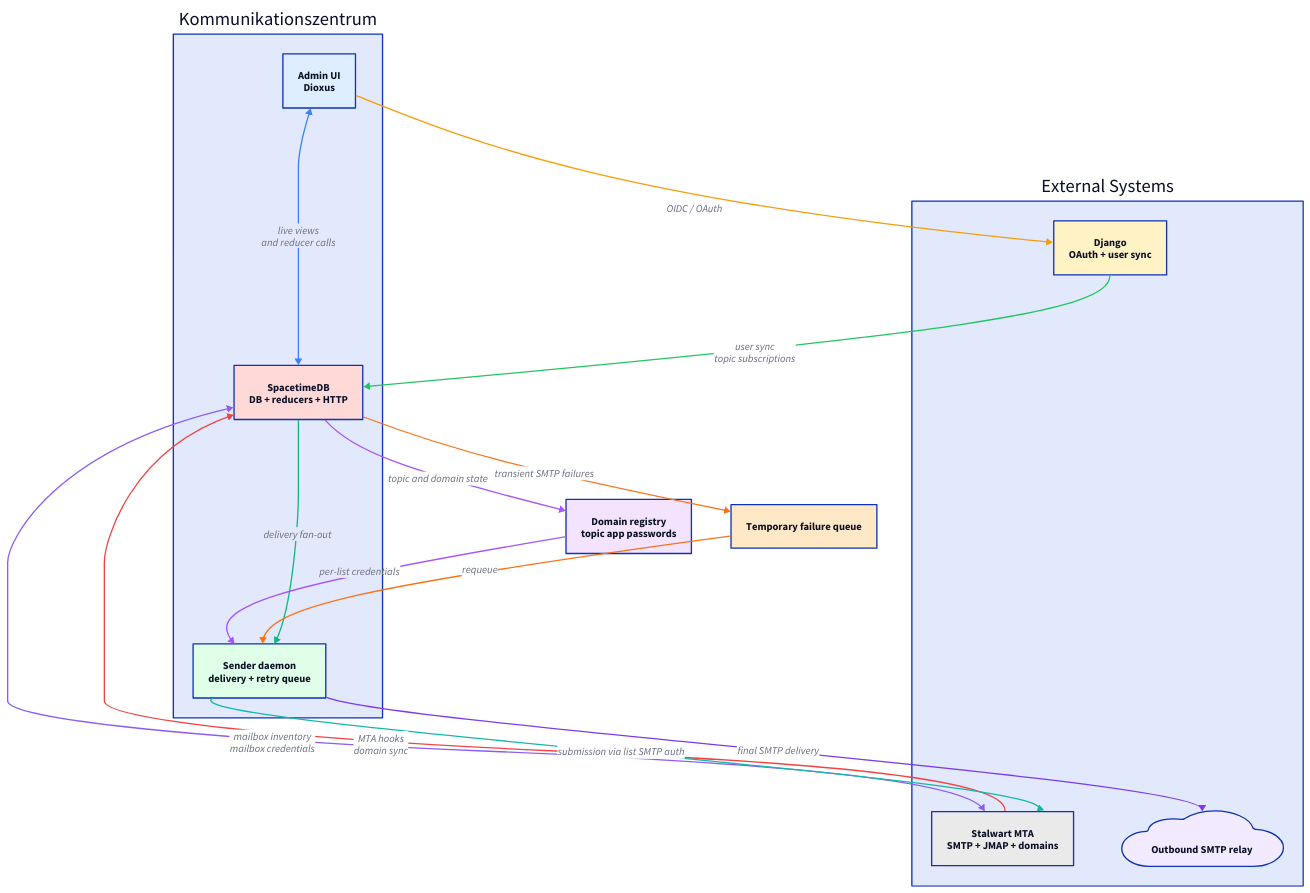
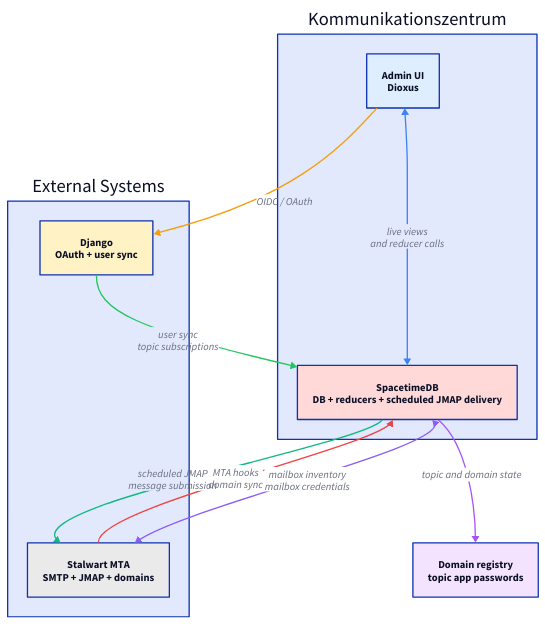
One commit to enaut/kommunikationszentrum changed the diagram in docs/src/core/architecture-overview.d2. Above: the diagram before and after it, drawn with D2. The commit also changed 247 other files, not shown here.

Commit message:
remove the old sender daemon and update docs

```diff
--- a/docs/src/core/architecture-overview.d2
+++ b/docs/src/core/architecture-overview.d2
@@ -1,73 +1,47 @@
 direction: down
 
 external: "External Systems" {
   direction: right
   django: "Django\nOAuth + user sync" {
     style.fill: "#fff3c6"
   }
   stalwart: "Stalwart MTA\nSMTP + JMAP + domains" {
     style.fill: "#eaeaea"
   }
-  relay: "Outbound SMTP relay" {
-    shape: cloud
-    style.fill: "#f2ebff"
-  }
 }
 
 core: "Kommunikationszentrum" {
   direction: right
   admin: "Admin UI\nDioxus" {
     style.fill: "#dfeeff"
   }
-  db: "SpacetimeDB\nDB + reducers + HTTP" {
+  db: "SpacetimeDB\nDB + reducers + scheduled JMAP delivery" {
     style.fill: "#ffd8d8"
   }
-  sender: "Sender daemon\ndelivery + retry queue" {
-    style.fill: "#dfffe9"
-  }
-}
-
-retry: "Temporary failure queue" {
-  style.fill: "#ffe8c6"
 }
 
 domains: "Domain registry\ntopic app passwords" {
   style.fill: "#f4e3ff"
 }
 
 core.admin <-> core.db: "live views\nand reducer calls" {
   style.stroke: "#3b82f6"
 }
 core.admin -> external.django: "OIDC / OAuth" {
   style.stroke: "#f59e0b"
 }
 external.django -> core.db: "user sync\ntopic subscriptions" {
   style.stroke: "#22c55e"
 }
 external.stalwart -> core.db: "MTA hooks\ndomain sync" {
   style.stroke: "#ef4444"
 }
 external.stalwart <-> core.db: "mailbox inventory\nmailbox credentials" {
   style.stroke: "#8b5cf6"
 }
-core.db -> core.sender: "delivery fan-out" {
+core.db -> external.stalwart: "scheduled JMAP\nmessage submission" {
   style.stroke: "#10b981"
-}
-core.db -> retry: "transient SMTP failures" {
-  style.stroke: "#f97316"
-}
-retry -> core.sender: "requeue" {
-  style.stroke: "#f97316"
-}
-core.sender -> external.stalwart: "submission via list SMTP auth" {
-  style.stroke: "#14b8a6"
-}
-core.sender -> external.relay: "final SMTP delivery" {
-  style.stroke: "#7c3aed"
 }
 core.db -> domains: "topic and domain state" {
   style.stroke: "#a855f7"
 }
-domains -> core.sender: "per-list credentials" {
-  style.stroke: "#a855f7"
-}
```
